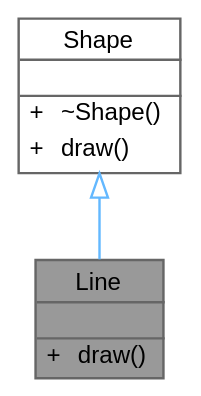
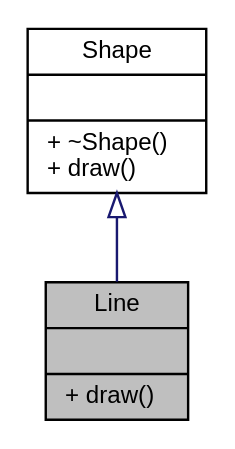
Before and after one commit to oshkines/otus-cpp-prof: the diagram in classLine__inherit__graph.dot, drawn with Graphviz. The commit also changed 156 other files, not shown here.

```diff
--- a/classLine__inherit__graph.dot
+++ b/classLine__inherit__graph.dot
@@ -1,23 +1,9 @@
 digraph "Line"
 {
  // LATEX_PDF_SIZE
-  bgcolor="transparent";
-  edge [fontname=Helvetica,fontsize=10,labelfontname=Helvetica,labelfontsize=10];
-  node [fontname=Helvetica,fontsize=10,shape=box,height=0.2,width=0.4];
-  Node1 [id="Node000001",shape=plain,label=<<TABLE CELLBORDER="0" BORDER="1"><TR><TD COLSPAN="2" CELLPADDING="1" CELLSPACING="0">Line</TD></TR>
-<HR/>
-<TR><TD COLSPAN="2" CELLPADDING="1" CELLSPACING="0">&nbsp;</TD></TR>
-<HR/>
-<TR><TD VALIGN="top" CELLPADDING="1" CELLSPACING="0">+</TD><TD VALIGN="top" ALIGN="LEFT" CELLPADDING="1" CELLSPACING="0">draw()<BR ALIGN="LEFT"/></TD></TR>
-</TABLE>>
-,height=0.2,width=0.4,color="gray40", fillcolor="grey60", style="filled", fontcolor="black",tooltip=" "];
-  Node2 -> Node1 [id="edge1_Node000001_Node000002",dir="back",color="steelblue1",style="solid",tooltip=" ",arrowtail="onormal"];
-  Node2 [id="Node000002",shape=plain,label=<<TABLE CELLBORDER="0" BORDER="1"><TR><TD COLSPAN="2" CELLPADDING="1" CELLSPACING="0">Shape</TD></TR>
-<HR/>
-<TR><TD COLSPAN="2" CELLPADDING="1" CELLSPACING="0">&nbsp;</TD></TR>
-<HR/>
-<TR><TD VALIGN="top" CELLPADDING="1" CELLSPACING="0">+</TD><TD VALIGN="top" ALIGN="LEFT" CELLPADDING="1" CELLSPACING="0">~Shape()<BR ALIGN="LEFT"/></TD></TR>
-<TR><TD VALIGN="top" CELLPADDING="1" CELLSPACING="0">+</TD><TD VALIGN="top" ALIGN="LEFT" CELLPADDING="1" CELLSPACING="0">draw()<BR ALIGN="LEFT"/></TD></TR>
-</TABLE>>
-,height=0.2,width=0.4,color="gray40", fillcolor="white", style="filled",URL="$classShape.html",tooltip=" "];
+  edge [fontname="Helvetica",fontsize="10",labelfontname="Helvetica",labelfontsize="10"];
+  node [fontname="Helvetica",fontsize="10",shape=record];
+  Node1 [label="{Line\n||+ draw()\l}",height=0.2,width=0.4,color="black", fillcolor="grey75", style="filled", fontcolor="black",tooltip=" "];
+  Node2 -> Node1 [dir="back",color="midnightblue",fontsize="10",style="solid",arrowtail="onormal",fontname="Helvetica"];
+  Node2 [label="{Shape\n||+ ~Shape()\l+ draw()\l}",height=0.2,width=0.4,color="black", fillcolor="white", style="filled",URL="$classShape.html",tooltip=" "];
 }
```
